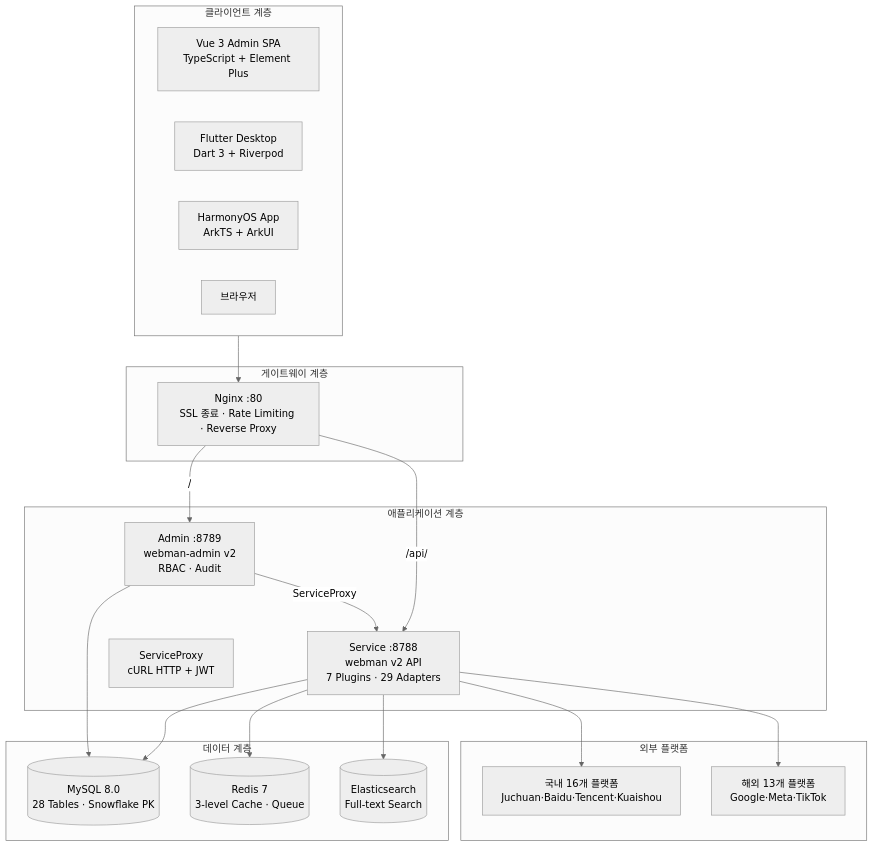
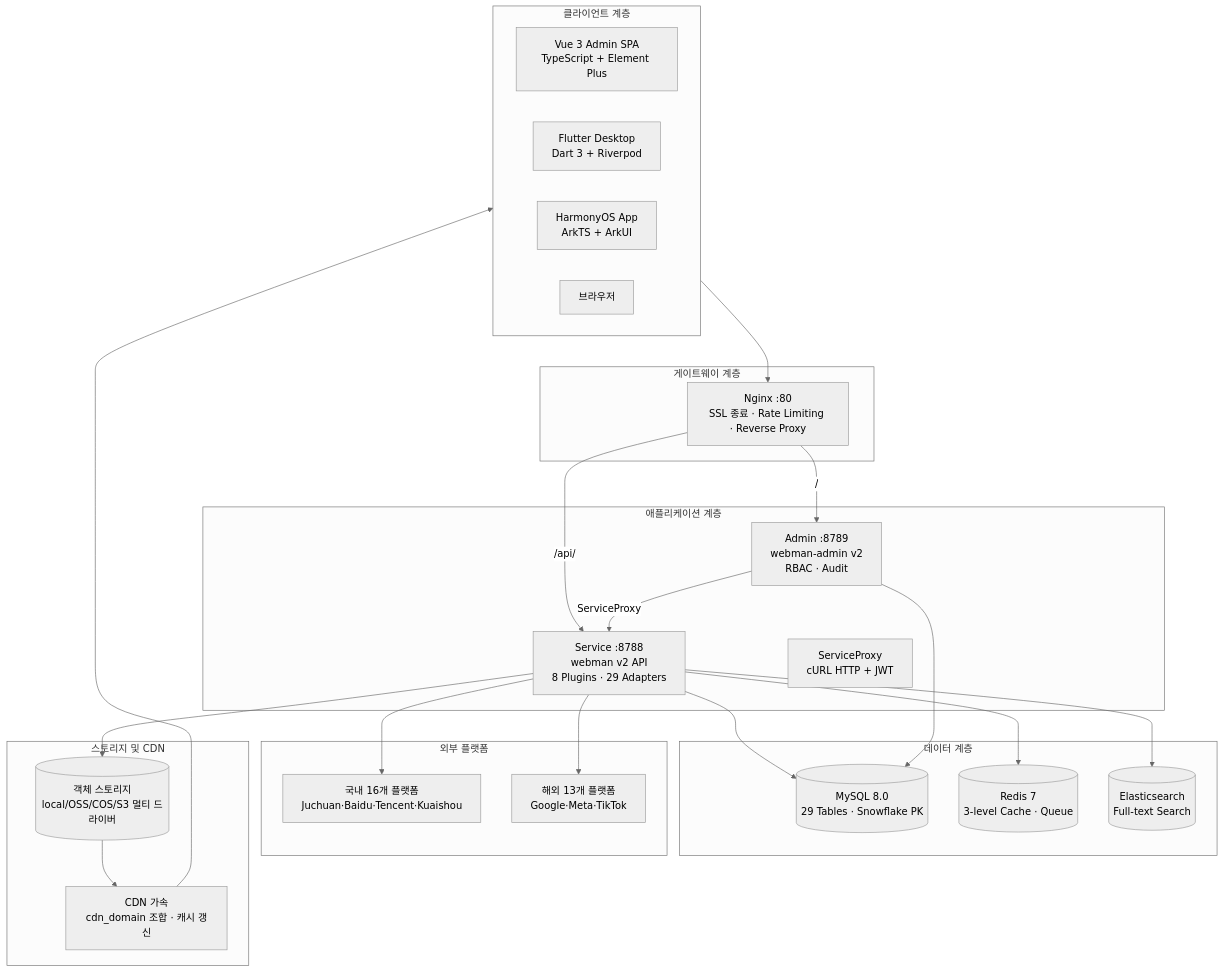
The diagram in docs/diagrams/svg/architecture.ko.mmd (erikwang2013/ads-php), drawn with Mermaid (neutral theme) before and after one commit. The commit also changed 144 other files, not shown here.

First line of the commit message:
feat(storage): CDN 支持——存储抽象/多驱动/服务商管理/预签名直传/缓存刷新

```diff
--- a/docs/diagrams/svg/architecture.ko.mmd
+++ b/docs/diagrams/svg/architecture.ko.mmd
@@ -1,31 +1,38 @@
 graph TB
     subgraph Clients["클라이언트 계층"]
         Vue["Vue 3 Admin SPA<br/>TypeScript + Element Plus"]
         Flutter["Flutter Desktop<br/>Dart 3 + Riverpod"]
         Harmony["HarmonyOS App<br/>ArkTS + ArkUI"]
         Browser["브라우저"]
     end
     subgraph Gateway["게이트웨이 계층"]
         Nginx["Nginx :80<br/>SSL 종료 · Rate Limiting · Reverse Proxy"]
     end
     subgraph AppLayer["애플리케이션 계층"]
         Admin["Admin :8789<br/>webman-admin v2<br/>RBAC · Audit"]
-        Service["Service :8788<br/>webman v2 API<br/>7 Plugins · 29 Adapters"]
+        Service["Service :8788<br/>webman v2 API<br/>8 Plugins · 29 Adapters"]
         ServiceProxy["ServiceProxy<br/>cURL HTTP + JWT"]
     end
     subgraph DataLayer["데이터 계층"]
-        MySQL[("MySQL 8.0<br/>28 Tables · Snowflake PK")]
+        MySQL[("MySQL 8.0<br/>29 Tables · Snowflake PK")]
         Redis[("Redis 7<br/>3-level Cache · Queue")]
         ES[("Elasticsearch<br/>Full-text Search")]
     end
     subgraph External["외부 플랫폼"]
         Domestic["국내 16개 플랫폼<br/>Juchuan·Baidu·Tencent·Kuaishou"]
         International["해외 13개 플랫폼<br/>Google·Meta·TikTok"]
     end
+    subgraph StorageCDN["스토리지 및 CDN"]
+        OSS[("객체 스토리지<br/>local/OSS/COS/S3 멀티 드라이버")]
+        CDN["CDN 가속<br/>cdn_domain 조합 · 캐시 갱신"]
+    end
+    Service --> OSS
+    OSS --> CDN
+    CDN --> Clients
     Clients --> Nginx
     Nginx -->|"/"| Admin
     Nginx -->|"/api/"| Service
     Admin -->|ServiceProxy| Service
     Service --> MySQL & Redis & ES
     Service --> Domestic & International
     Admin --> MySQL
```
